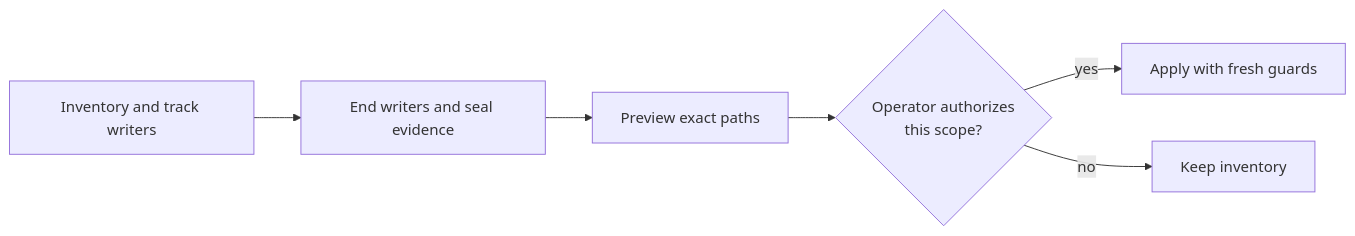
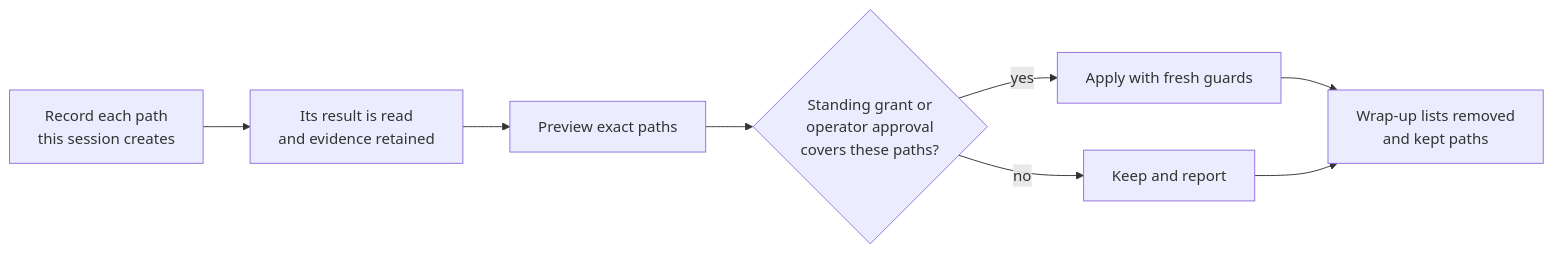
One commit to topij/agentic-dev-kit changed the third of 3 diagrams in README.md. Above: the diagram before and after it, drawn with Mermaid. The commit also changed other lines of this file and 6 other files, not shown here.

First line of the commit message:
docs: bring reader guides and diagrams up to date with recent lane, review and cleanup work

````diff
--- a/README.md
+++ b/README.md
@@ -100,8 +106,10 @@
 ```mermaid
 flowchart LR
-    Inventory["Inventory and track writers"] --> Retain["End writers and seal evidence"]
-    Retain --> Preview["Preview exact paths"]
-    Preview --> Decision{"Operator authorizes<br/>this scope?"}
+    Record["Record each path<br/>this session creates"] --> Done["Its result is read<br/>and evidence retained"]
+    Done --> Preview["Preview exact paths"]
+    Preview --> Decision{"Standing grant or<br/>operator approval<br/>covers these paths?"}
     Decision -->|yes| Apply["Apply with fresh guards"]
-    Decision -->|no| Keep["Keep inventory"]
+    Decision -->|no| Keep["Keep and report"]
+    Apply --> Report["Wrap-up lists removed<br/>and kept paths"]
+    Keep --> Report
 ```
````
